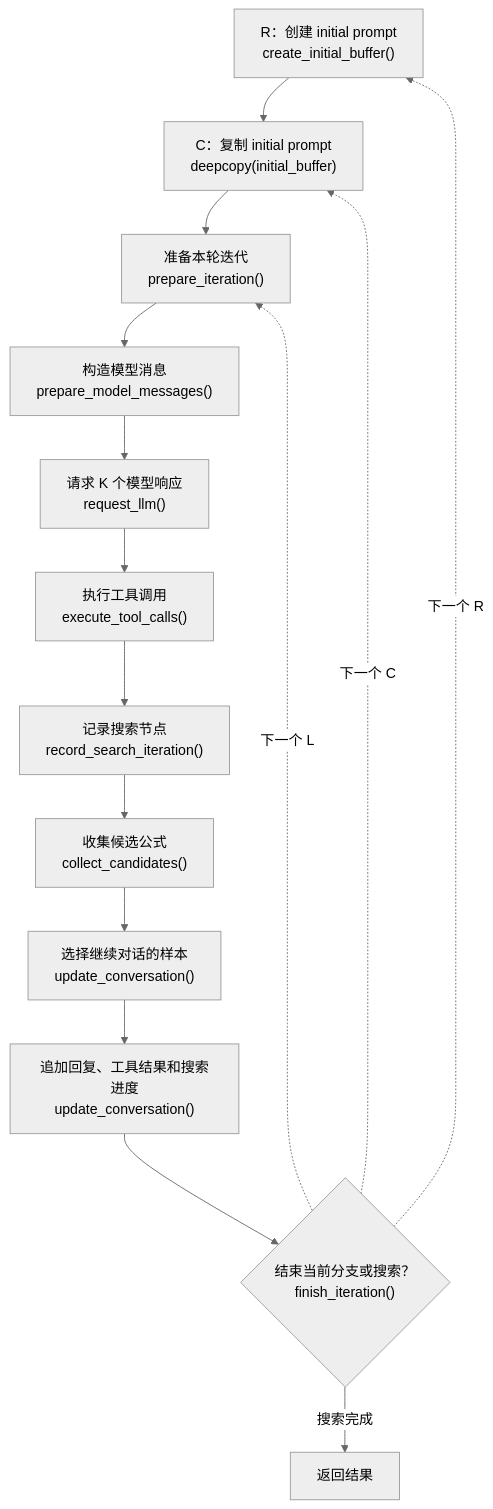
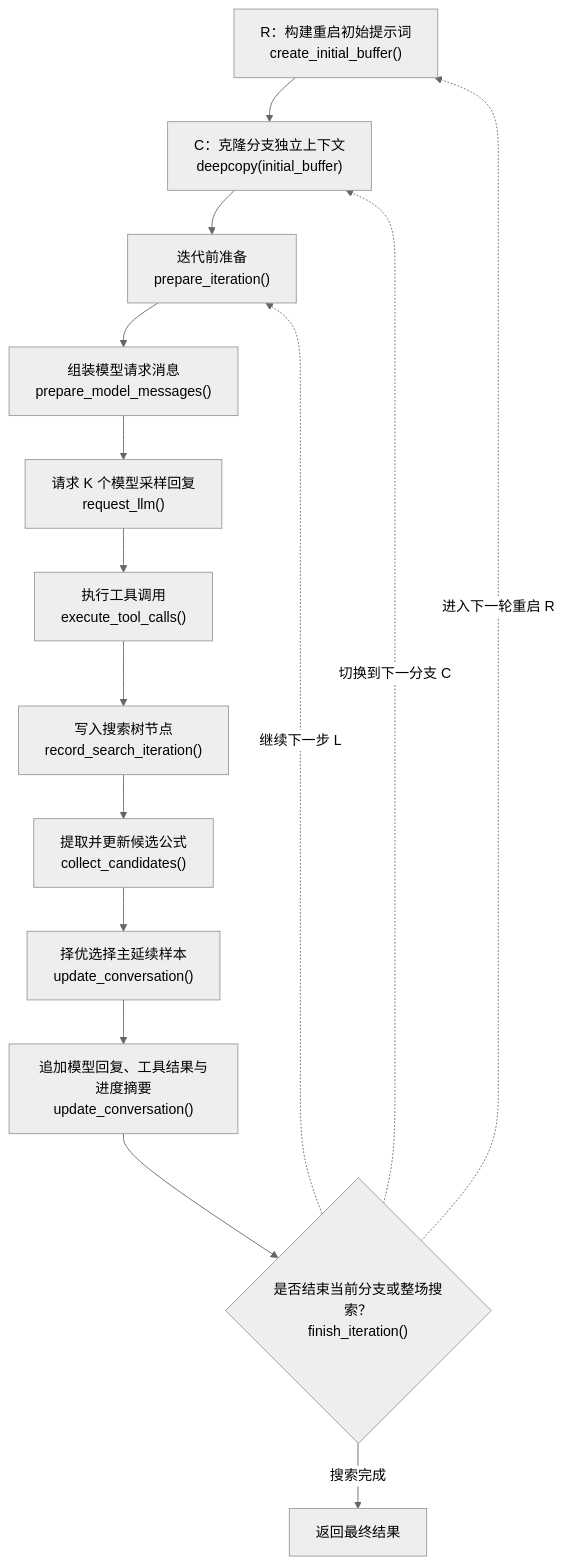
One commit to fhydralisk/ASTRAL changed the third of 4 diagrams in docs/agent.md. Above: the diagram before and after it, drawn with Mermaid (neutral theme). The commit also changed other lines of this file and 25 other files, not shown here.

````diff
--- a/docs/agent.md
+++ b/docs/agent.md
@@ -81,18 +89,18 @@
 ```mermaid
 flowchart TB
-    R0["R：创建 initial prompt<br/>create_initial_buffer()"]
-    R0 --> C0["C：复制 initial prompt<br/>deepcopy(initial_buffer)"]
-    C0 --> A["准备本轮迭代<br/>prepare_iteration()"]
-    A --> B["构造模型消息<br/>prepare_model_messages()"]
-    B --> C["请求 K 个模型响应<br/>request_llm()"]
+    R0["R：构建重启初始提示词<br/>create_initial_buffer()"]
+    R0 --> C0["C：克隆分支独立上下文<br/>deepcopy(initial_buffer)"]
+    C0 --> A["迭代前准备<br/>prepare_iteration()"]
+    A --> B["组装模型请求消息<br/>prepare_model_messages()"]
+    B --> C["请求 K 个模型采样回复<br/>request_llm()"]
     C --> E["执行工具调用<br/>execute_tool_calls()"]
-    E --> F["记录搜索节点<br/>record_search_iteration()"]
-    F --> G["收集候选公式<br/>collect_candidates()"]
-    G --> H["选择继续对话的样本<br/>update_conversation()"]
-    H --> I["追加回复、工具结果和搜索进度<br/>update_conversation()"]
-    I --> J{"结束当前分支或搜索？<br/>finish_iteration()"}
-    J -. 下一个 L .-> A
-    J -. 下一个 C .-> C0
-    J -. 下一个 R .-> R0
-    J -- 搜索完成 --> K[返回结果]
+    E --> F["写入搜索树节点<br/>record_search_iteration()"]
+    F --> G["提取并更新候选公式<br/>collect_candidates()"]
+    G --> H["择优选择主延续样本<br/>update_conversation()"]
+    H --> I["追加模型回复、工具结果与进度摘要<br/>update_conversation()"]
+    I --> J{"是否结束当前分支或整场搜索？<br/>finish_iteration()"}
+    J -. 继续下一步 L .-> A
+    J -. 切换到下一分支 C .-> C0
+    J -. 进入下一轮重启 R .-> R0
+    J -- 搜索完成 --> K[返回最终结果]
 ```
````
